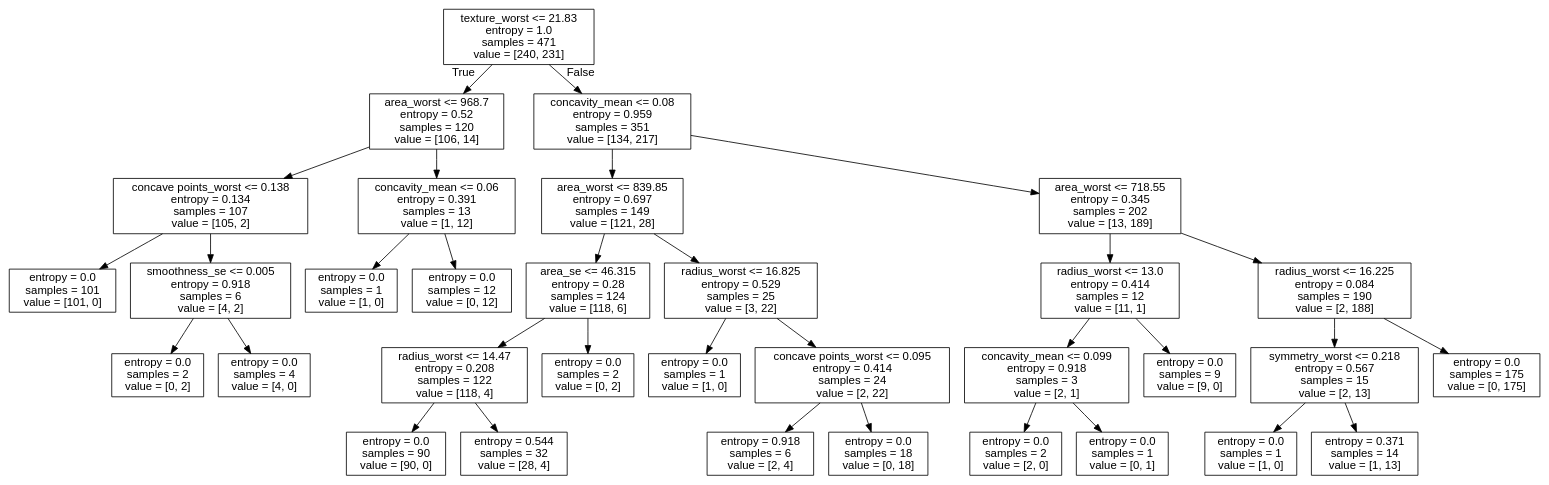
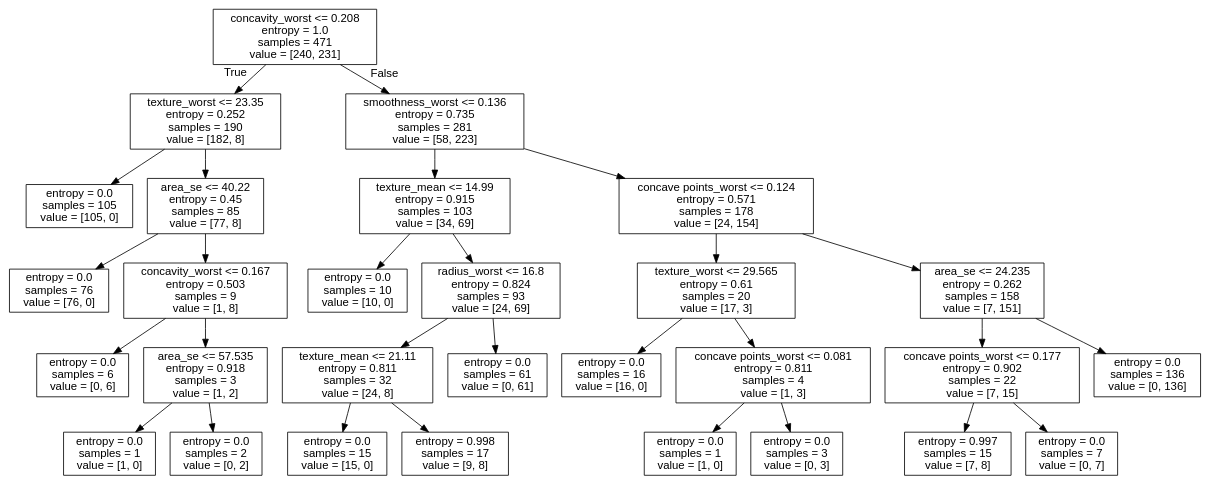
One commit to m21ark/ia_t2 changed the diagram in tree.dot. Above: the diagram before and after it, drawn with Graphviz. The commit also changed 2 other files, not shown here.

```diff
--- a/tree.dot
+++ b/tree.dot
@@ -1,69 +1,61 @@
 digraph Tree {
 node [shape=box, fontname="helvetica"] ;
 edge [fontname="helvetica"] ;
-0 [label="texture_worst <= 21.83\nentropy = 1.0\nsamples = 471\nvalue = [240, 231]"] ;
-1 [label="area_worst <= 968.7\nentropy = 0.52\nsamples = 120\nvalue = [106, 14]"] ;
+0 [label="concavity_worst <= 0.208\nentropy = 1.0\nsamples = 471\nvalue = [240, 231]"] ;
+1 [label="texture_worst <= 23.35\nentropy = 0.252\nsamples = 190\nvalue = [182, 8]"] ;
 0 -> 1 [labeldistance=2.5, labelangle=45, headlabel="True"] ;
-2 [label="concave points_worst <= 0.138\nentropy = 0.134\nsamples = 107\nvalue = [105, 2]"] ;
+2 [label="entropy = 0.0\nsamples = 105\nvalue = [105, 0]"] ;
 1 -> 2 ;
-3 [label="entropy = 0.0\nsamples = 101\nvalue = [101, 0]"] ;
-2 -> 3 ;
-4 [label="smoothness_se <= 0.005\nentropy = 0.918\nsamples = 6\nvalue = [4, 2]"] ;
-2 -> 4 ;
-5 [label="entropy = 0.0\nsamples = 2\nvalue = [0, 2]"] ;
-4 -> 5 ;
-6 [label="entropy = 0.0\nsamples = 4\nvalue = [4, 0]"] ;
-4 -> 6 ;
-7 [label="concavity_mean <= 0.06\nentropy = 0.391\nsamples = 13\nvalue = [1, 12]"] ;
-1 -> 7 ;
+3 [label="area_se <= 40.22\nentropy = 0.45\nsamples = 85\nvalue = [77, 8]"] ;
+1 -> 3 ;
+4 [label="entropy = 0.0\nsamples = 76\nvalue = [76, 0]"] ;
+3 -> 4 ;
+5 [label="concavity_worst <= 0.167\nentropy = 0.503\nsamples = 9\nvalue = [1, 8]"] ;
+3 -> 5 ;
+6 [label="entropy = 0.0\nsamples = 6\nvalue = [0, 6]"] ;
+5 -> 6 ;
+7 [label="area_se <= 57.535\nentropy = 0.918\nsamples = 3\nvalue = [1, 2]"] ;
+5 -> 7 ;
 8 [label="entropy = 0.0\nsamples = 1\nvalue = [1, 0]"] ;
 7 -> 8 ;
-9 [label="entropy = 0.0\nsamples = 12\nvalue = [0, 12]"] ;
+9 [label="entropy = 0.0\nsamples = 2\nvalue = [0, 2]"] ;
 7 -> 9 ;
-10 [label="concavity_mean <= 0.08\nentropy = 0.959\nsamples = 351\nvalue = [134, 217]"] ;
+10 [label="smoothness_worst <= 0.136\nentropy = 0.735\nsamples = 281\nvalue = [58, 223]"] ;
 0 -> 10 [labeldistance=2.5, labelangle=-45, headlabel="False"] ;
-11 [label="area_worst <= 839.85\nentropy = 0.697\nsamples = 149\nvalue = [121, 28]"] ;
+11 [label="texture_mean <= 14.99\nentropy = 0.915\nsamples = 103\nvalue = [34, 69]"] ;
 10 -> 11 ;
-12 [label="area_se <= 46.315\nentropy = 0.28\nsamples = 124\nvalue = [118, 6]"] ;
+12 [label="entropy = 0.0\nsamples = 10\nvalue = [10, 0]"] ;
 11 -> 12 ;
-13 [label="radius_worst <= 14.47\nentropy = 0.208\nsamples = 122\nvalue = [118, 4]"] ;
-12 -> 13 ;
-14 [label="entropy = 0.0\nsamples = 90\nvalue = [90, 0]"] ;
+13 [label="radius_worst <= 16.8\nentropy = 0.824\nsamples = 93\nvalue = [24, 69]"] ;
+11 -> 13 ;
+14 [label="texture_mean <= 21.11\nentropy = 0.811\nsamples = 32\nvalue = [24, 8]"] ;
 13 -> 14 ;
-15 [label="entropy = 0.544\nsamples = 32\nvalue = [28, 4]"] ;
-13 -> 15 ;
-16 [label="entropy = 0.0\nsamples = 2\nvalue = [0, 2]"] ;
-12 -> 16 ;
-17 [label="radius_worst <= 16.825\nentropy = 0.529\nsamples = 25\nvalue = [3, 22]"] ;
-11 -> 17 ;
-18 [label="entropy = 0.0\nsamples = 1\nvalue = [1, 0]"] ;
-17 -> 18 ;
-19 [label="concave points_worst <= 0.095\nentropy = 0.414\nsamples = 24\nvalue = [2, 22]"] ;
-17 -> 19 ;
-20 [label="entropy = 0.918\nsamples = 6\nvalue = [2, 4]"] ;
+15 [label="entropy = 0.0\nsamples = 15\nvalue = [15, 0]"] ;
+14 -> 15 ;
+16 [label="entropy = 0.998\nsamples = 17\nvalue = [9, 8]"] ;
+14 -> 16 ;
+17 [label="entropy = 0.0\nsamples = 61\nvalue = [0, 61]"] ;
+13 -> 17 ;
+18 [label="concave points_worst <= 0.124\nentropy = 0.571\nsamples = 178\nvalue = [24, 154]"] ;
+10 -> 18 ;
+19 [label="texture_worst <= 29.565\nentropy = 0.61\nsamples = 20\nvalue = [17, 3]"] ;
+18 -> 19 ;
+20 [label="entropy = 0.0\nsamples = 16\nvalue = [16, 0]"] ;
 19 -> 20 ;
-21 [label="entropy = 0.0\nsamples = 18\nvalue = [0, 18]"] ;
+21 [label="concave points_worst <= 0.081\nentropy = 0.811\nsamples = 4\nvalue = [1, 3]"] ;
 19 -> 21 ;
-22 [label="area_worst <= 718.55\nentropy = 0.345\nsamples = 202\nvalue = [13, 189]"] ;
-10 -> 22 ;
-23 [label="radius_worst <= 13.0\nentropy = 0.414\nsamples = 12\nvalue = [11, 1]"] ;
-22 -> 23 ;
-24 [label="concavity_mean <= 0.099\nentropy = 0.918\nsamples = 3\nvalue = [2, 1]"] ;
-23 -> 24 ;
-25 [label="entropy = 0.0\nsamples = 2\nvalue = [2, 0]"] ;
+22 [label="entropy = 0.0\nsamples = 1\nvalue = [1, 0]"] ;
+21 -> 22 ;
+23 [label="entropy = 0.0\nsamples = 3\nvalue = [0, 3]"] ;
+21 -> 23 ;
+24 [label="area_se <= 24.235\nentropy = 0.262\nsamples = 158\nvalue = [7, 151]"] ;
+18 -> 24 ;
+25 [label="concave points_worst <= 0.177\nentropy = 0.902\nsamples = 22\nvalue = [7, 15]"] ;
 24 -> 25 ;
-26 [label="entropy = 0.0\nsamples = 1\nvalue = [0, 1]"] ;
-24 -> 26 ;
-27 [label="entropy = 0.0\nsamples = 9\nvalue = [9, 0]"] ;
-23 -> 27 ;
-28 [label="radius_worst <= 16.225\nentropy = 0.084\nsamples = 190\nvalue = [2, 188]"] ;
-22 -> 28 ;
-29 [label="symmetry_worst <= 0.218\nentropy = 0.567\nsamples = 15\nvalue = [2, 13]"] ;
-28 -> 29 ;
-30 [label="entropy = 0.0\nsamples = 1\nvalue = [1, 0]"] ;
-29 -> 30 ;
-31 [label="entropy = 0.371\nsamples = 14\nvalue = [1, 13]"] ;
-29 -> 31 ;
-32 [label="entropy = 0.0\nsamples = 175\nvalue = [0, 175]"] ;
-28 -> 32 ;
+26 [label="entropy = 0.997\nsamples = 15\nvalue = [7, 8]"] ;
+25 -> 26 ;
+27 [label="entropy = 0.0\nsamples = 7\nvalue = [0, 7]"] ;
+25 -> 27 ;
+28 [label="entropy = 0.0\nsamples = 136\nvalue = [0, 136]"] ;
+24 -> 28 ;
 }
```
